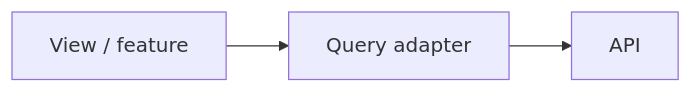
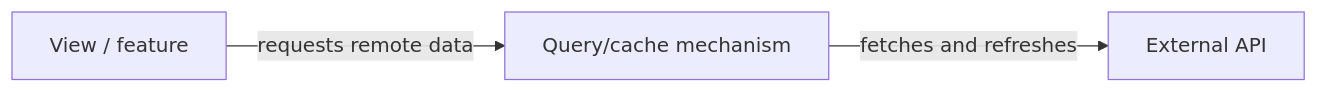
Before and after one commit to AndresTaoFlorez/software-architecture: the fourth of 5 diagrams in frontend/state-management.md, drawn with Mermaid. The commit also changed other lines of this file, not shown here.

Commit message:
docs: stop mixing runtime data flow with port source dependencies

````diff
--- a/frontend/state-management.md
+++ b/frontend/state-management.md
@@ -252,4 +252,5 @@
 ```mermaid
 flowchart LR
-    V["View / feature"] --> Q["Query adapter"] --> API["API"]
+    V["View / feature"] -->|"requests remote data"| Q["Query/cache mechanism"]
+    Q -->|"fetches and refreshes"| API["External API"]
 ```
````
